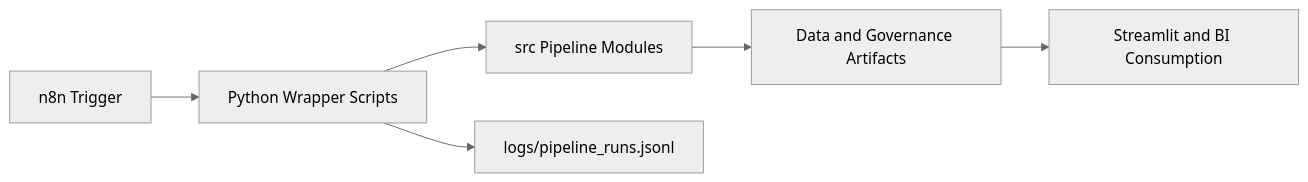
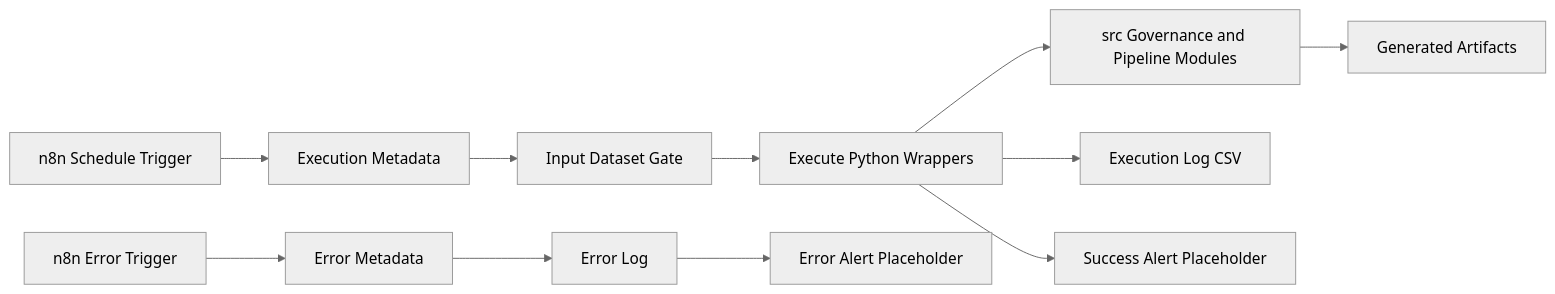
Before and after one commit to samuelmaia-analytics/Governed-Analytics-Platform: the diagram in docs/n8n_automation.md, drawn with Mermaid (neutral theme). The commit also changed other lines of this file and 1 other file, not shown here.

````diff
--- a/docs/n8n_automation.md
+++ b/docs/n8n_automation.md
@@ -11,8 +7,13 @@
 ```mermaid
 flowchart LR
-    A[n8n Trigger] --> B[Python Wrapper Scripts]
-    B --> C[src Pipeline Modules]
-    C --> D[Data and Governance Artifacts]
-    D --> E[Streamlit and BI Consumption]
-    B --> F[logs/pipeline_runs.jsonl]
+    A[n8n Schedule Trigger] --> B[Execution Metadata]
+    B --> C[Input Dataset Gate]
+    C --> D[Execute Python Wrappers]
+    D --> E[src Governance and Pipeline Modules]
+    E --> F[Generated Artifacts]
+    D --> G[Execution Log CSV]
+    D --> H[Success Alert Placeholder]
+    I[n8n Error Trigger] --> J[Error Metadata]
+    J --> K[Error Log]
+    K --> L[Error Alert Placeholder]
 ```
````
